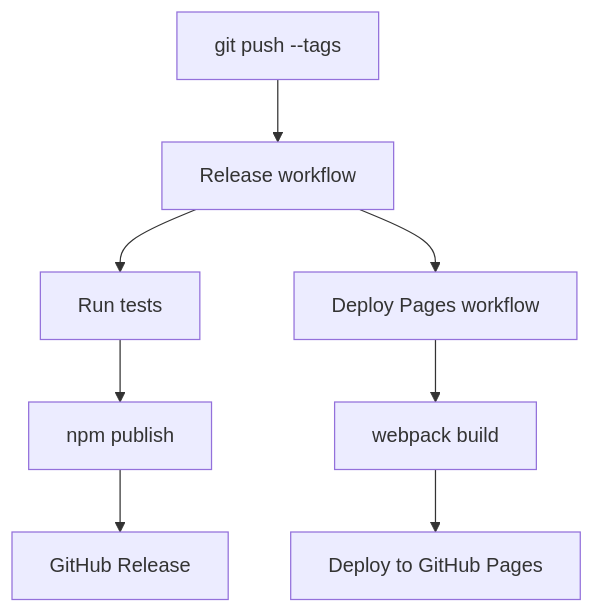
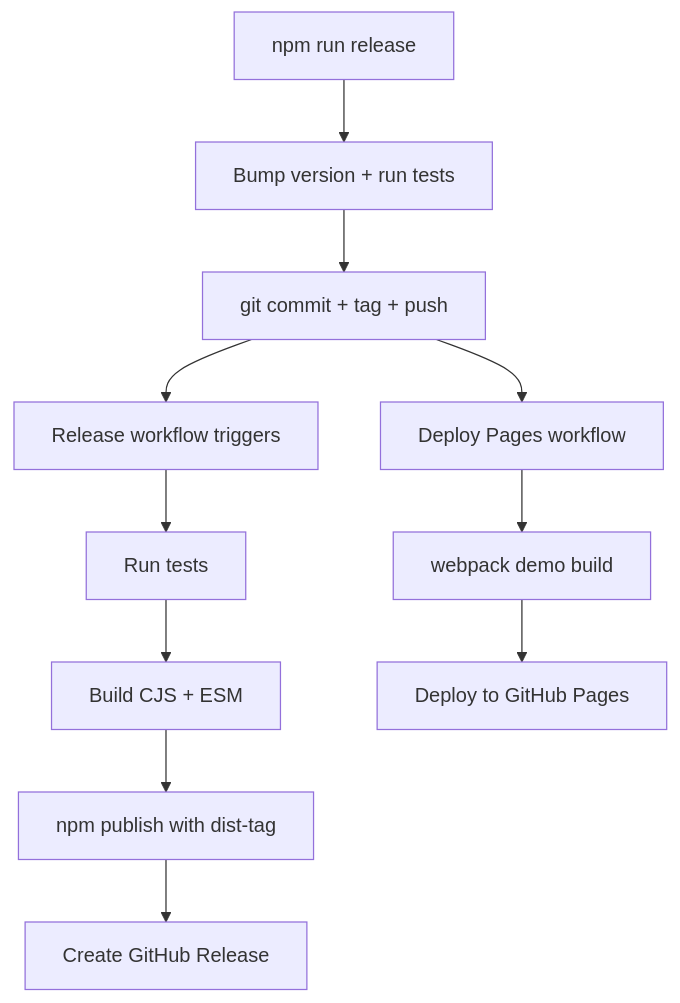
One commit to mdaushi/react-pivottable changed the first of 2 diagrams in README.md. Above: the diagram before and after it, drawn with Mermaid. The commit also changed other lines of this file and 1 other file, not shown here.

````diff
--- a/README.md
+++ b/README.md
@@ -470,10 +470,13 @@
 ```mermaid
 flowchart TD
-    A[git push --tags] --> B[Release workflow]
-    B --> C[Run tests]
-    C --> D[npm publish]
-    D --> E[GitHub Release]
-    B --> F[Deploy Pages workflow]
-    F --> G[webpack build]
-    G --> H[Deploy to GitHub Pages]
+    A[npm run release] --> B[Bump version + run tests]
+    B --> C[git commit + tag + push]
+    C --> D[Release workflow triggers]
+    D --> E[Run tests]
+    E --> F[Build CJS + ESM]
+    F --> G[npm publish with dist-tag]
+    G --> H[Create GitHub Release]
+    C --> I[Deploy Pages workflow]
+    I --> J[webpack demo build]
+    J --> K[Deploy to GitHub Pages]
 ```
````
